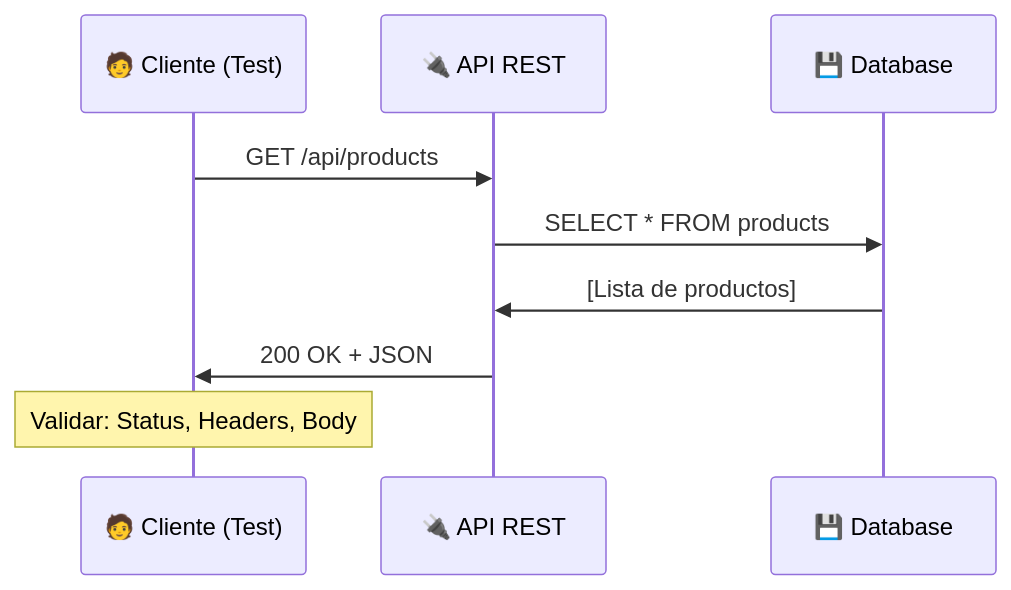
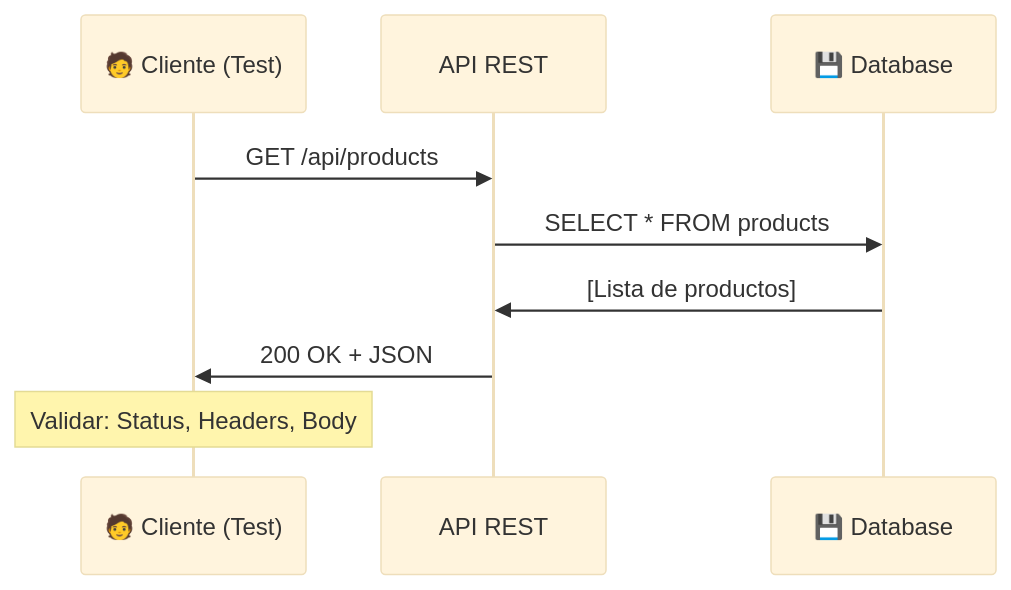
The second of 7 diagrams in courses/🟡-development/FPUNA-2026/01-DESARROLLO-SOFTWARE/especializaciones/qa-automation/02-pruebas-api.md (Ai-Whisperers/Courses-Content), drawn with Mermaid before and after one commit. The commit also changed other lines of this file and 47 other files, not shown here.

First line of the commit message:
fix: Make all 473 diagrams WCAG AAA accessible (FPUNA-2026)

````diff
--- a/courses/🟡-development/FPUNA-2026/01-DESARROLLO-SOFTWARE/especializaciones/qa-automation/02-pruebas-api.md
+++ b/courses/🟡-development/FPUNA-2026/01-DESARROLLO-SOFTWARE/especializaciones/qa-automation/02-pruebas-api.md
@@ -138,13 +139,14 @@
 ```mermaid
+%%{init: {'theme':'base', 'themeVariables': {'fontSize':'18px'}}}%%
 sequenceDiagram
     participant C as 🧑 Cliente (Test)
-    participant A as 🔌 API REST
+    participant A as API REST
     participant D as 💾 Database
     
     C->>A: GET /api/products
     A->>D: SELECT * FROM products
     D->>A: [Lista de productos]
     A->>C: 200 OK + JSON
     
     Note over C: Validar: Status, Headers, Body
 ```
````
